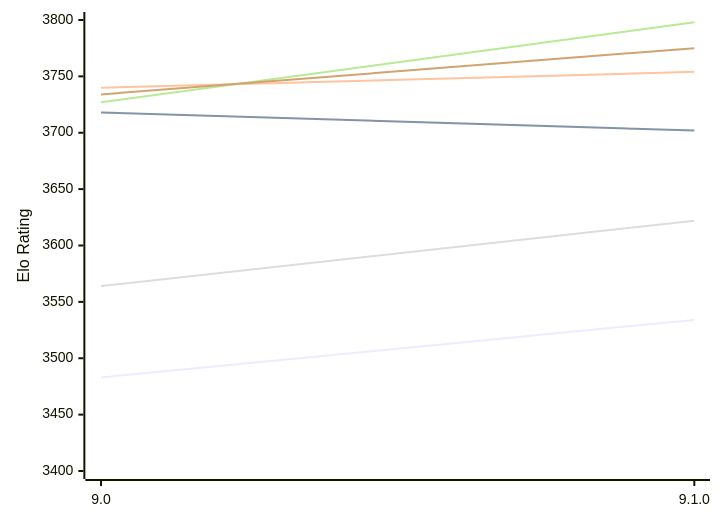
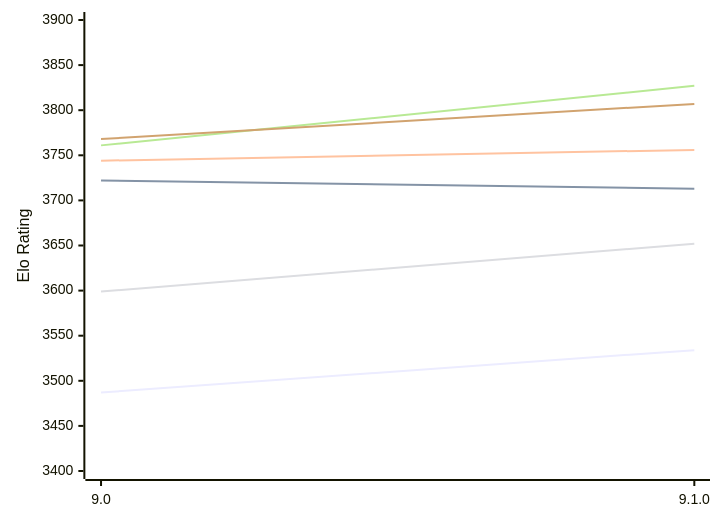
Before and after one commit to computer-chess-index/cci: the first of 2 diagrams in engines/Alexandria.md, drawn with Mermaid. The commit also changed other lines of this file, not shown here.

Commit message:
Update CCI Ratings (ELO VLTC) - 2026-11-01

````diff
--- a/engines/Alexandria.md
+++ b/engines/Alexandria.md
@@ -54,12 +54,12 @@
 ```mermaid
 %%{init: {"theme":"base","themeVariables":{"seriesColors:['#a3a3a3','#222221','#faa371']}}}%%
 xychart-beta
   x-axis ["9.0", "9.1.0"]
-  y-axis "Elo Rating" 3400 --> 3800
-  line "E1: STC (8.0+0.08s)" [3483, 3534]
-  line "E1: LTC (60.0+0.60s)" [3718, 3702]
-  line "E1: VLTC (2m24s+1.12s)" [3740, 3754]
-  line "P1: STC (8.0+0.08s)" [3564, 3622]
-  line "P1: LTC (60.0+0.60s)" [3727, 3798]
-  line "P1: VLTC (2m24s+1.12s)" [3734, 3775]
+  y-axis "Elo Rating" 3400 --> 3900
+  line "E1: STC (8.0+0.08s)" [3487, 3534]
+  line "E1: LTC (60.0+0.60s)" [3722, 3713]
+  line "E1: VLTC (2m24s+1.12s)" [3744, 3756]
+  line "P1: STC (8.0+0.08s)" [3599, 3652]
+  line "P1: LTC (60.0+0.60s)" [3761, 3827]
+  line "P1: VLTC (2m24s+1.12s)" [3768, 3807]
 ```
````
